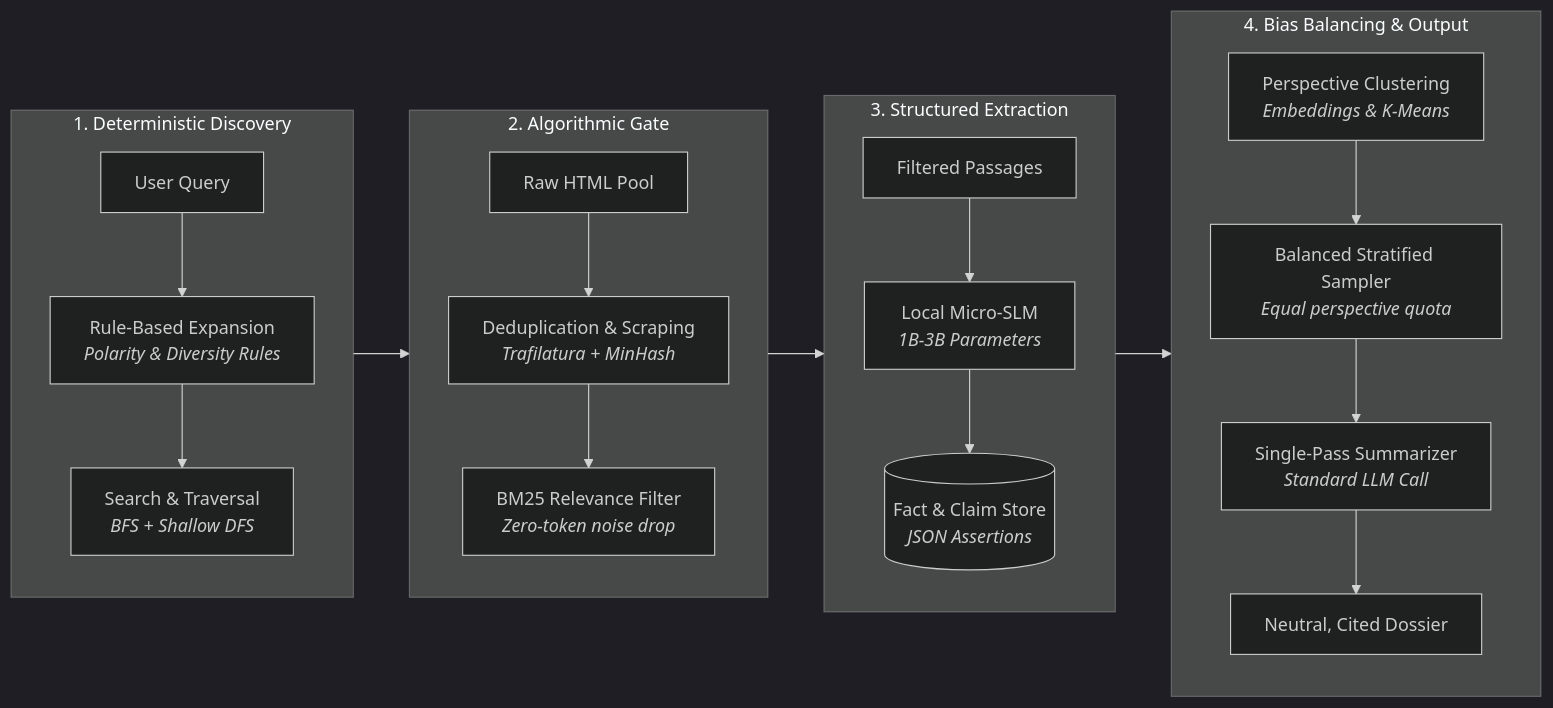
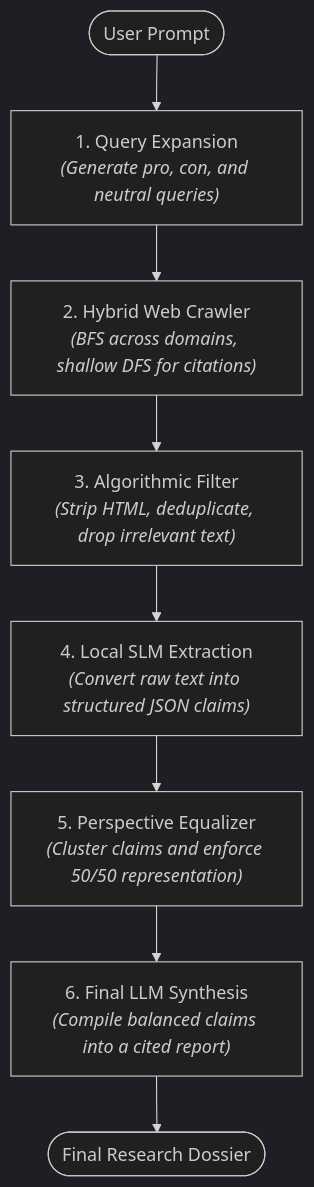
Before and after one commit to icedid/DumbDeepResearch: the diagram in Docs/EngineArchitecture.md, drawn with Mermaid (dark theme). The commit also changed other lines of this file, not shown here.

Commit message:
Revise Engine Architecture documentation
Updated formatting and added new diagrams for clarity.

````diff
--- a/Docs/EngineArchitecture.md
+++ b/Docs/EngineArchitecture.md
@@ -4,31 +5,16 @@
 ```mermaid
-flowchart LR
-    subgraph S1["1. Deterministic Discovery"]
-        direction TB
-        Q["User Query"] --> EXP["Rule-Based Expansion<br/><i>Polarity & Diversity Rules</i>"]
-        EXP --> CRAWL["Search & Traversal<br/><i>BFS + Shallow DFS</i>"]
-    end
-
-    subgraph S2["2. Algorithmic Gate"]
-        direction TB
-        RAW["Raw HTML Pool"] --> CLEAN["Deduplication & Scraping<br/><i>Trafilatura + MinHash</i>"]
-        CLEAN --> GATE["BM25 Relevance Filter<br/><i>Zero-token noise drop</i>"]
-    end
-
-    subgraph S3["3. Structured Extraction"]
-        direction TB
-        TEXT["Filtered Passages"] --> SLM["Local Micro-SLM<br/><i>1B-3B Parameters</i>"]
-        SLM --> DB[("Fact & Claim Store<br/><i>JSON Assertions</i>")]
-    end
-
-    subgraph S4["4. Bias Balancing & Output"]
-        direction TB
-        EMB["Perspective Clustering<br/><i>Embeddings & K-Means</i>"] --> BAL["Balanced Stratified Sampler<br/><i>Equal perspective quota</i>"]
-        BAL --> LLM["Single-Pass Summarizer<br/><i>Standard LLM Call</i>"]
-        LLM --> OUT["Neutral, Cited Dossier"]
-    end
-
-    S1 --> S2
-    S2 --> S3
-    S3 --> S4
+flowchart TD
+    Input(["User Prompt"]) --> Expand["1. Query Expansion<br><i>(Generate pro, con, and neutral queries)</i>"]
+    
+    Expand --> Crawl["2. Hybrid Web Crawler<br><i>(BFS across domains, shallow DFS for citations)</i>"]
+    
+    Crawl --> Filter["3. Algorithmic Filter<br><i>(Strip HTML, deduplicate, drop irrelevant text)</i>"]
+    
+    Filter --> Extract["4. Local SLM Extraction<br><i>(Convert raw text into structured JSON claims)</i>"]
+    
+    Extract --> Balance["5. Perspective Equalizer<br><i>(Cluster claims and enforce 50/50 representation)</i>"]
+    
+    Balance --> Synth["6. Final LLM Synthesis<br><i>(Compile balanced claims into a cited report)</i>"]
+    
+    Synth --> Output(["Final Research Dossier"])
 ```
````
